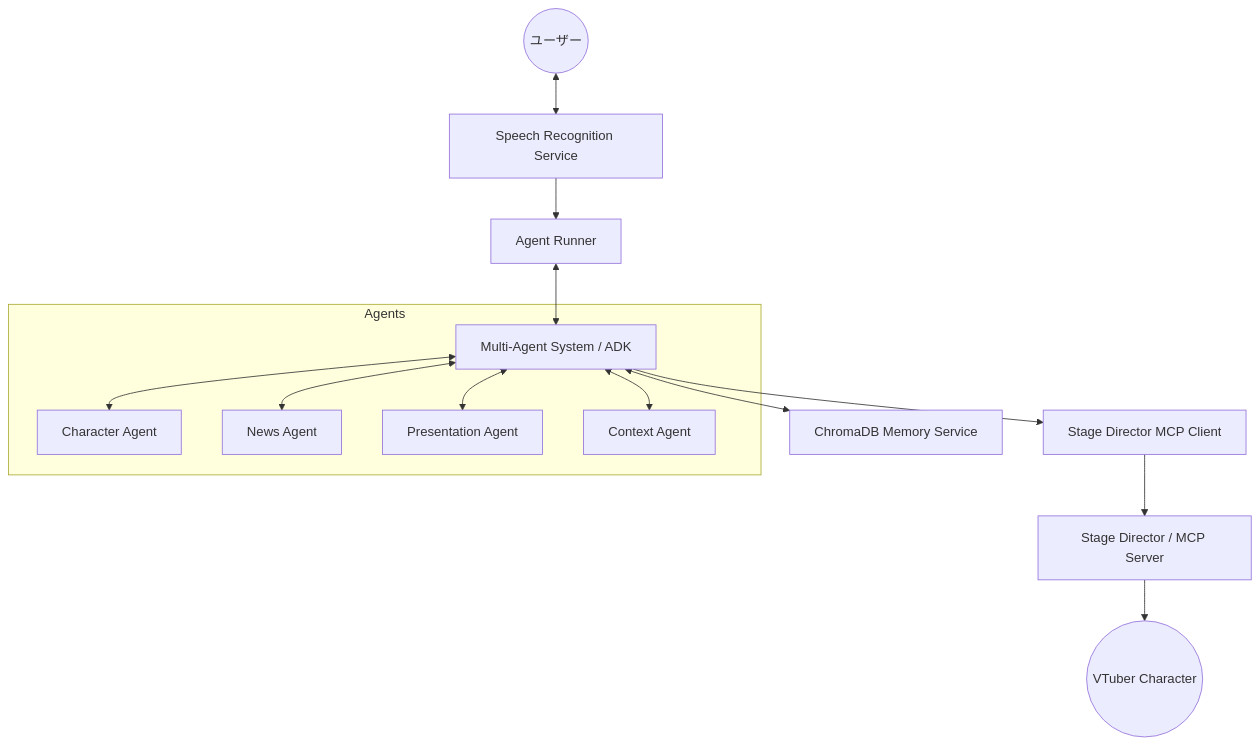
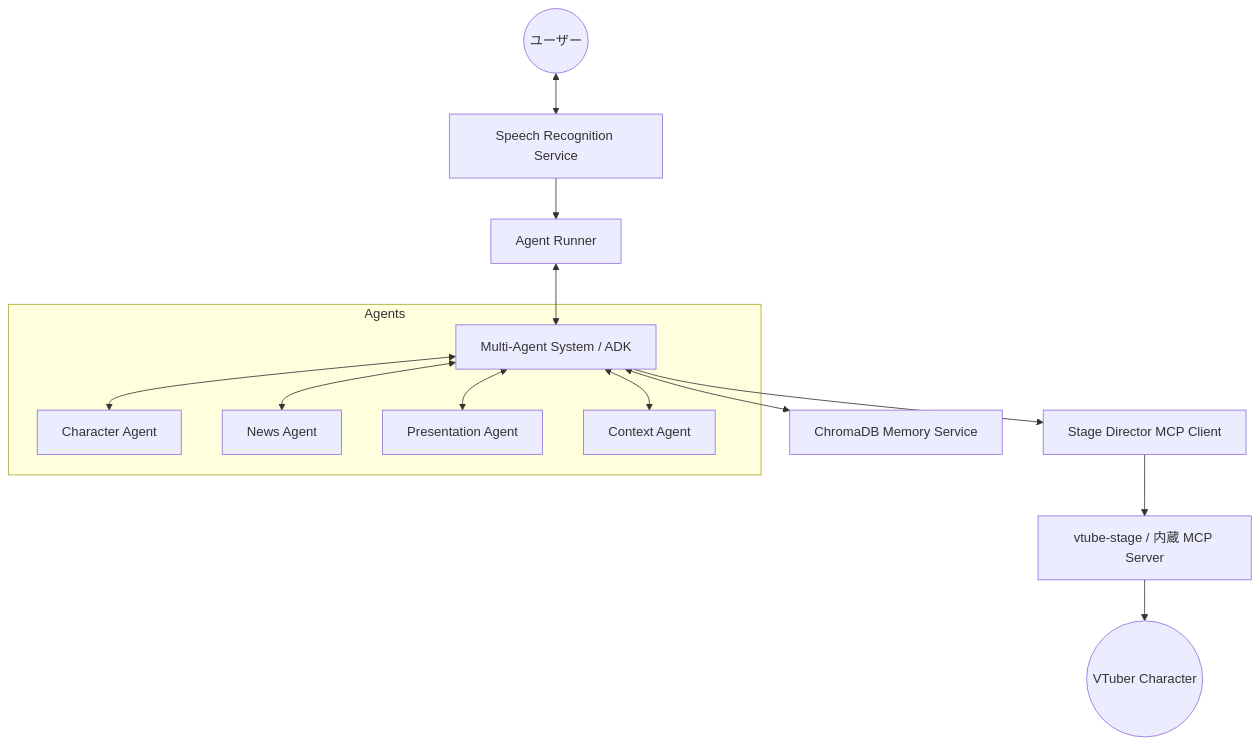
The diagram in packages/vtuber-behavior-engine/docs/architecture/overview.md (LongbowXXX/ai-tuber), drawn with Mermaid before and after one commit. The commit also changed other lines of this file and 70 other files, not shown here.

First line of the commit message:
docs: Spec Kit を導入し仕様を集約、旧 stage-director 前提の記述を整理

````diff
--- a/packages/vtuber-behavior-engine/docs/architecture/overview.md
+++ b/packages/vtuber-behavior-engine/docs/architecture/overview.md
@@ -22,18 +22,18 @@
 ```mermaid
 graph TD
     User((ユーザー)) <--> Speech[Speech Recognition Service]
     Speech --> Runner[Agent Runner]
     Runner <--> ADK[Multi-Agent System / ADK]
 
     subgraph Agents
         ADK <--> Char[Character Agent]
         ADK <--> News[News Agent]
         ADK <--> Pres[Presentation Agent]
         ADK <--> Context[Context Agent]
     end
 
     ADK <--> Memory[ChromaDB Memory Service]
     ADK --> MCP[Stage Director MCP Client]
-    MCP --> Stage[Stage Director / MCP Server]
+    MCP --> Stage[vtube-stage / 内蔵 MCP Server]
     Stage --> VTuber((VTuber Character))
 ```
````
